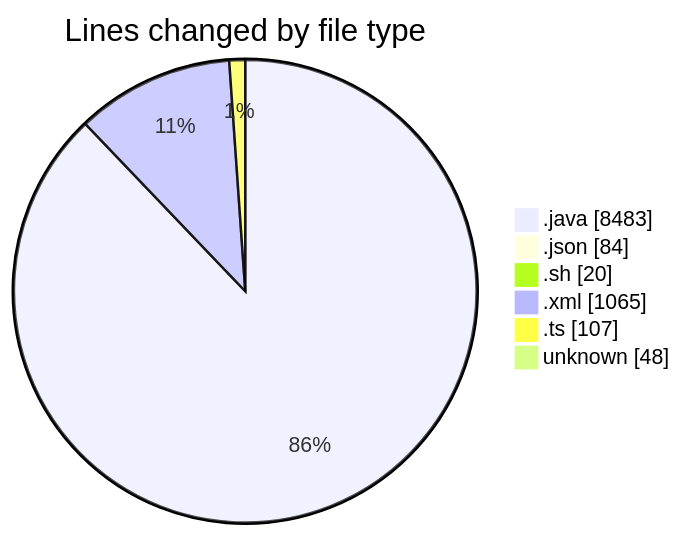
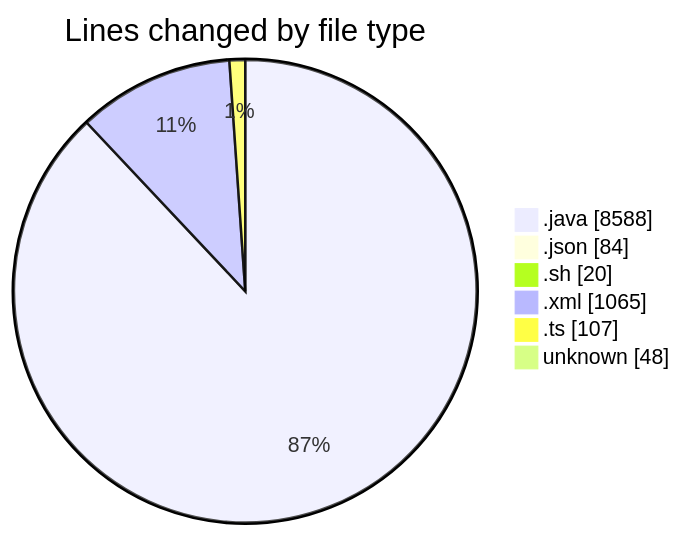
Before and after one commit to charlie-sans/code-tracking: the first of 2 diagrams in 2025-02-23/micros/README.md, drawn with Mermaid. The commit also changed other lines of this file and 1 other file, not shown here.

````diff
--- a/2025-02-23/micros/README.md
+++ b/2025-02-23/micros/README.md
@@ -59,10 +59,10 @@
 ```mermaid
 pie showData
 title Lines changed by file type
-".java" : 8483
+".java" : 8588
 ".json" : 84
 ".sh" : 20
 ".xml" : 1065
 ".ts" : 107
 "unknown" : 48
 ```
````
